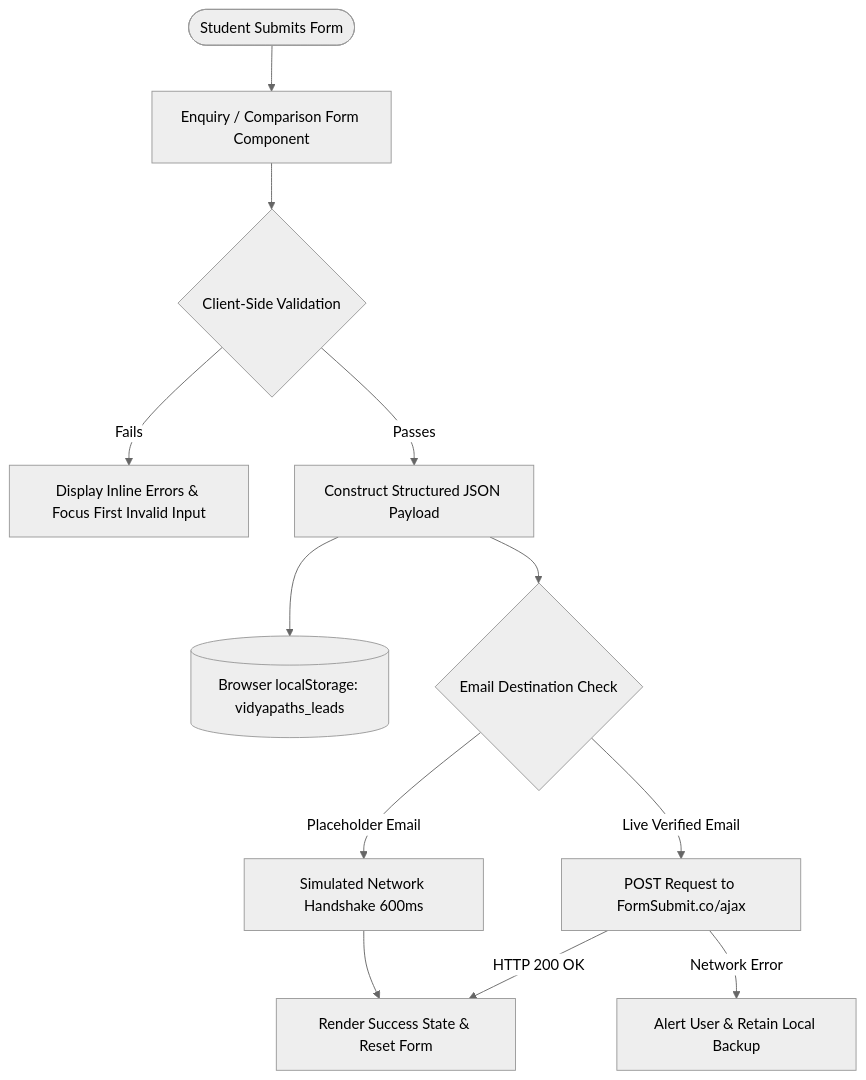
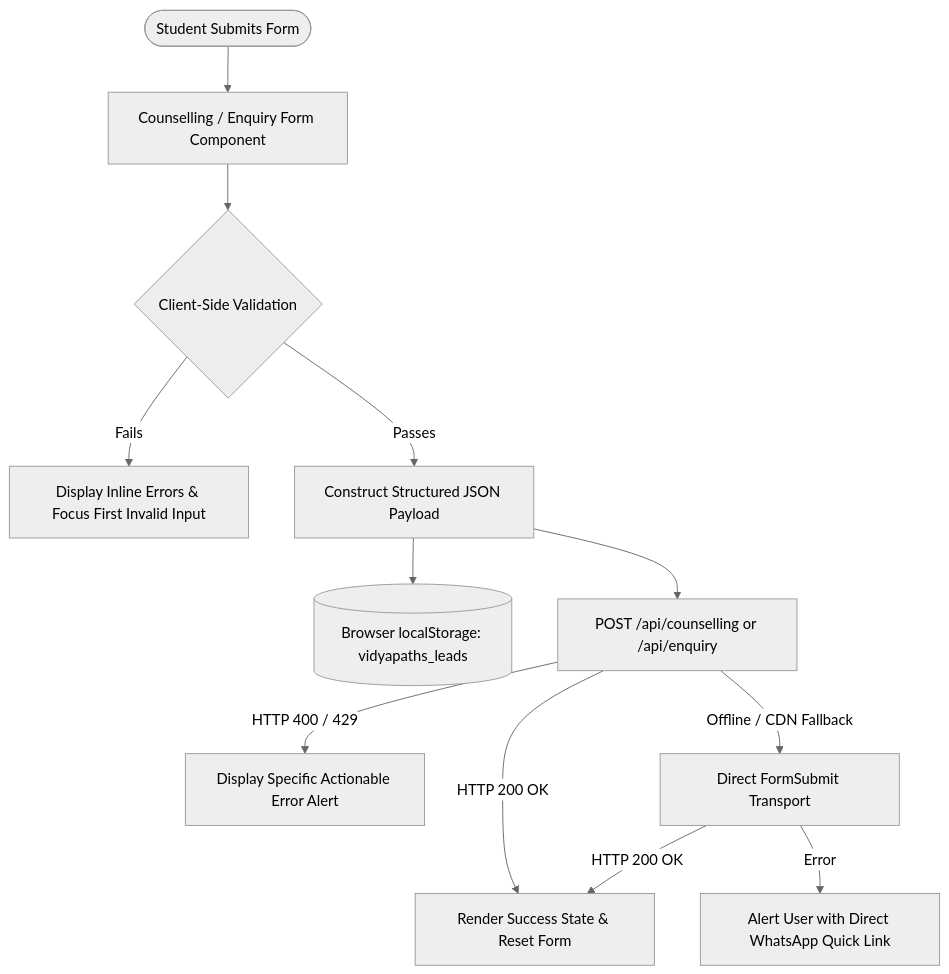
Before and after one commit to aryansingh121/Vidyapaths: the diagram in docs/FORMS_AND_INTEGRATIONS.md, drawn with Mermaid (neutral theme). The commit also changed other lines of this file and 9 other files, not shown here.

Commit message:
fix(api): resolve counselling form network timeout with vercel serverless function and resilient email transport

````diff
--- a/docs/FORMS_AND_INTEGRATIONS.md
+++ b/docs/FORMS_AND_INTEGRATIONS.md
@@ -11,18 +11,17 @@
 ```mermaid
 flowchart TD
-    User([Student Submits Form]) --> FormEngine[Enquiry / Comparison Form Component]
+    User([Student Submits Form]) --> FormEngine[Counselling / Enquiry Form Component]
     FormEngine --> Validate{Client-Side Validation}
     
     Validate -->|Fails| Feedback[Display Inline Errors & Focus First Invalid Input]
     Validate -->|Passes| Packaging[Construct Structured JSON Payload]
     
     Packaging --> LocalCache[(Browser localStorage: vidyapaths_leads)]
-    Packaging --> TransportCheck{Email Destination Check}
+    Packaging --> PrimaryAPI[POST /api/counselling or /api/enquiry]
     
-    TransportCheck -->|Live Verified Email| FormSubmit[POST Request to FormSubmit.co/ajax]
-    TransportCheck -->|Placeholder Email| LocalMock[Simulated Network Handshake 600ms]
-    
-    FormSubmit -->|HTTP 200 OK| Confirmation[Render Success State & Reset Form]
-    FormSubmit -->|Network Error| ErrorNotice[Alert User & Retain Local Backup]
-    LocalMock --> Confirmation
+    PrimaryAPI -->|HTTP 200 OK| Confirmation[Render Success State & Reset Form]
+    PrimaryAPI -->|HTTP 400 / 429| UserFeedback[Display Specific Actionable Error Alert]
+    PrimaryAPI -->|Offline / CDN Fallback| FallbackTransport[Direct FormSubmit Transport]
+    FallbackTransport -->|HTTP 200 OK| Confirmation
+    FallbackTransport -->|Error| ErrorNotice[Alert User with Direct WhatsApp Quick Link]
 ```
````
